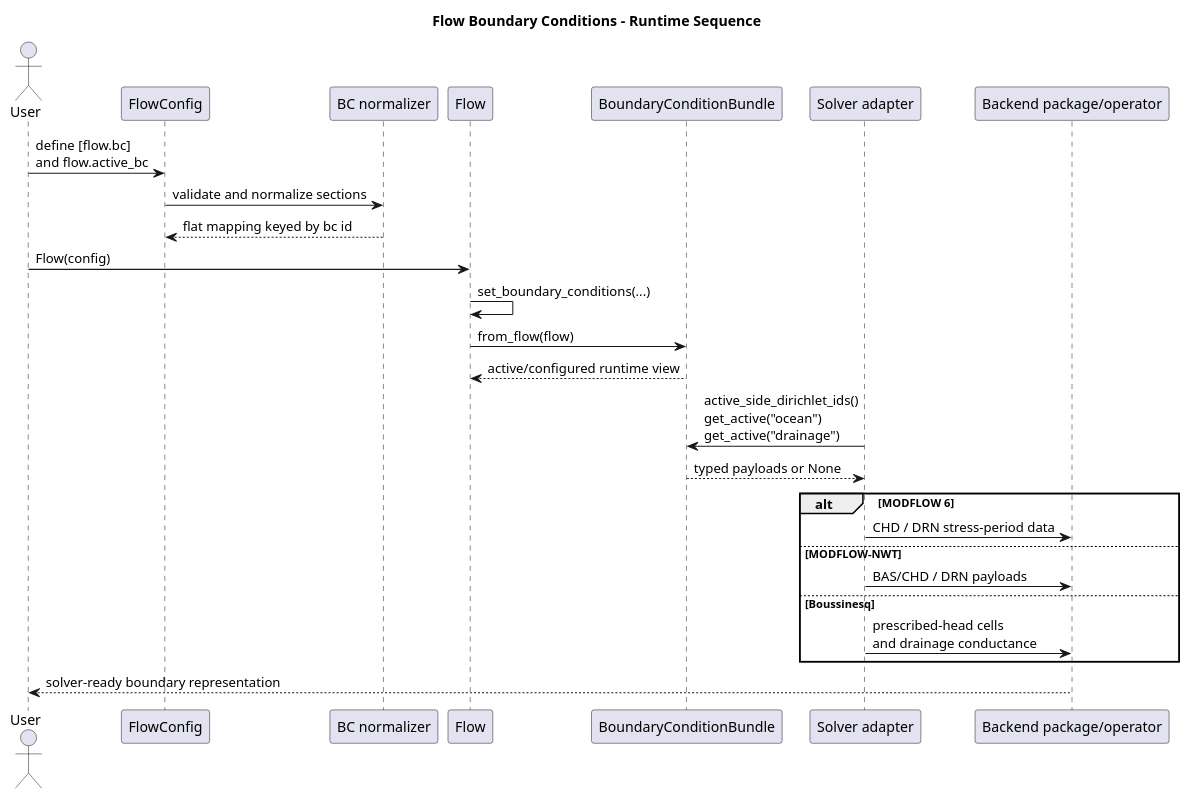
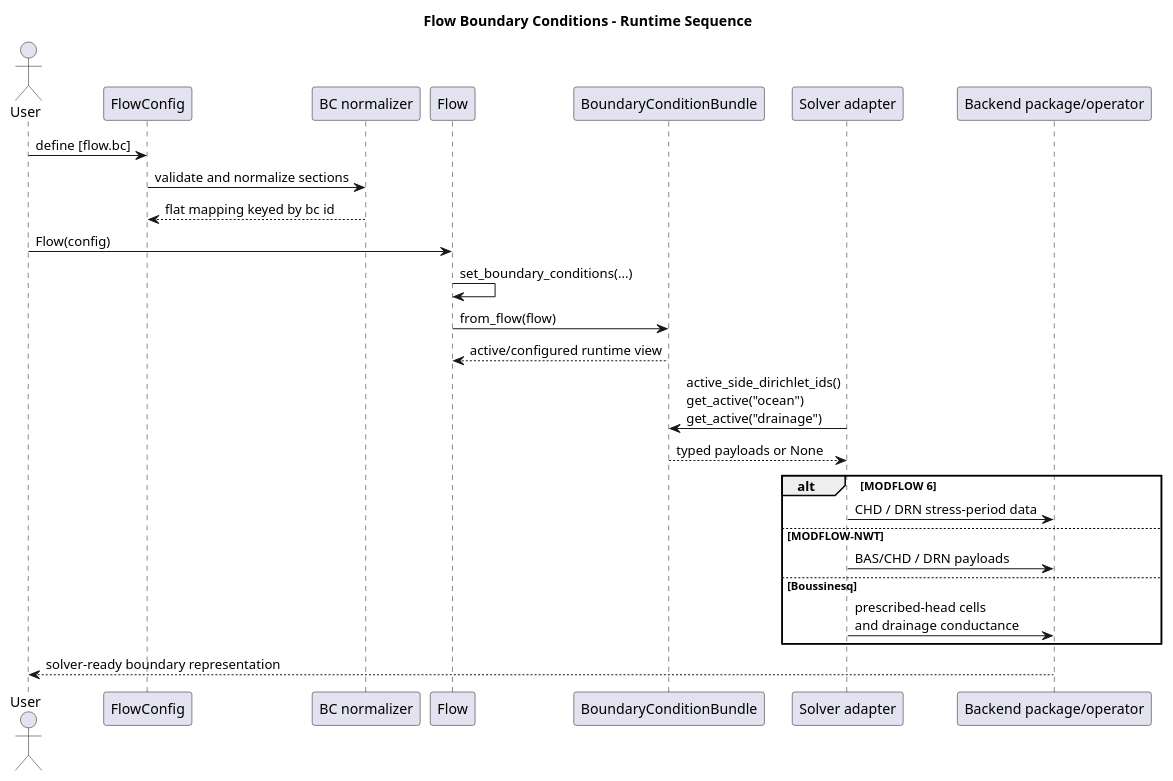
Before and after one commit to HydroModPy/HydroModPy: the diagram in docs/source/contribute/architecture/process/diagrams/flow_boundary_conditions_sequence.wsd, drawn with PlantUML. The commit also changed 19 other files, not shown here.

```diff
--- a/docs/source/contribute/architecture/process/diagrams/flow_boundary_conditions_sequence.wsd
+++ b/docs/source/contribute/architecture/process/diagrams/flow_boundary_conditions_sequence.wsd
@@ -1,33 +1,33 @@
 @startuml
 title Flow Boundary Conditions - Runtime Sequence
 
 actor User
 participant "FlowConfig" as FlowConfig
 participant "BC normalizer" as Normalizer
 participant "Flow" as Flow
 participant "BoundaryConditionBundle" as Bundle
 participant "Solver adapter" as Adapter
 participant "Backend package/operator" as Backend
 
-User -> FlowConfig: define [flow.bc]\nand flow.active_bc
+User -> FlowConfig: define [flow.bc]
 FlowConfig -> Normalizer: validate and normalize sections
 Normalizer --> FlowConfig: flat mapping keyed by bc id
 
 User -> Flow: Flow(config)
 Flow -> Flow: set_boundary_conditions(...)
 Flow -> Bundle: from_flow(flow)
 Bundle --> Flow: active/configured runtime view
 
 Adapter -> Bundle: active_side_dirichlet_ids()\nget_active("ocean")\nget_active("drainage")
 Bundle --> Adapter: typed payloads or None
 
 alt MODFLOW 6
   Adapter -> Backend: CHD / DRN stress-period data
 else MODFLOW-NWT
   Adapter -> Backend: BAS/CHD / DRN payloads
 else Boussinesq
   Adapter -> Backend: prescribed-head cells\nand drainage conductance
 end
 
 Backend --> User: solver-ready boundary representation
 @enduml
```
